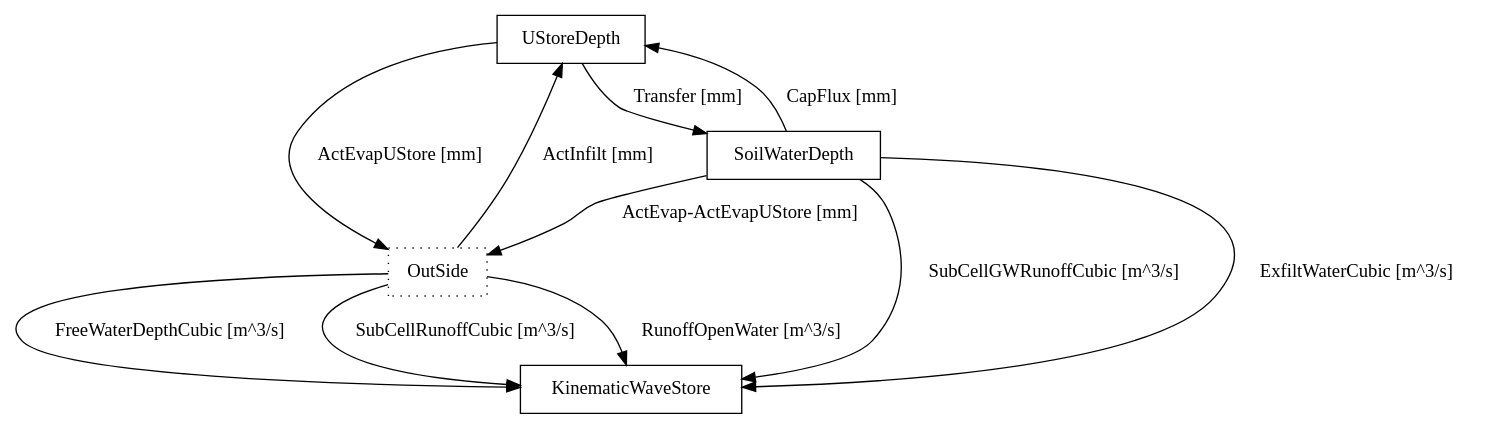
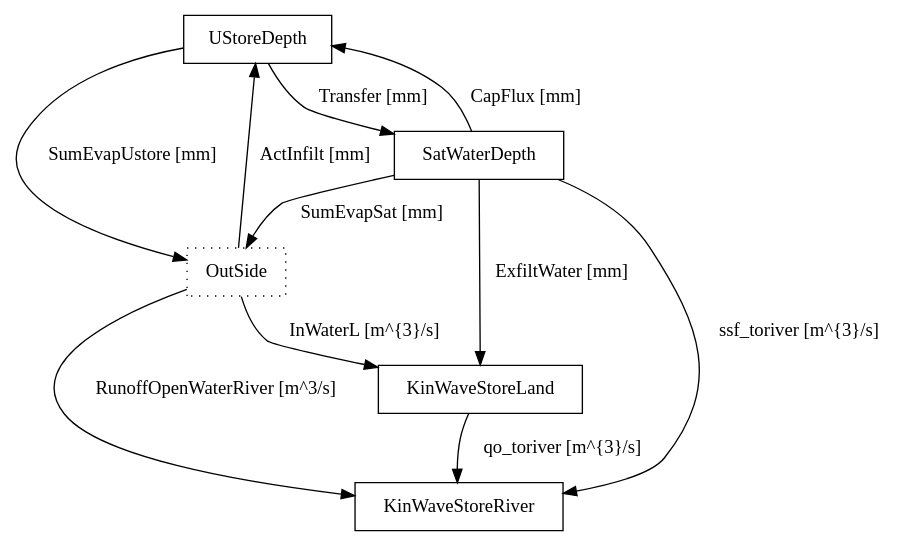
Before and after one commit to openstreams/wflow: the second of 3 diagrams in doc/wflow_sbm.rst, drawn with Graphviz. The commit also changed other lines of this file and 11 other files, not shown here.

```diff
--- a/doc/wflow_sbm.rst
+++ b/doc/wflow_sbm.rst
@@ -968,17 +960,17 @@
 .. digraph:: grids
  
     compound=true;
     node[shape=record];
     UStoreDepth [shape=box];
     OutSide [style=dotted];
-    SoilWaterDepth [shape=box];
-    UStoreDepth -> SoilWaterDepth [label="Transfer [mm]"];
-    SoilWaterDepth -> UStoreDepth [label="CapFlux [mm]"];        
-    SoilWaterDepth ->KinematicWaveStore [label="ExfiltWaterCubic [m^3/s]"];
+    SatWaterDepth [shape=box];
+    UStoreDepth -> SatWaterDepth [label="Transfer [mm]"];
+    SatWaterDepth -> UStoreDepth [label="CapFlux [mm]"];        
+    SatWaterDepth -> KinWaveStoreLand [label="ExfiltWater [mm]"];
     "OutSide" -> UStoreDepth [label="ActInfilt [mm]"];
-    UStoreDepth -> OutSide [label="ActEvapUStore [mm]"];
-    SoilWaterDepth -> OutSide [label="ActEvap-ActEvapUStore [mm]"];
-    SoilWaterDepth -> KinematicWaveStore [label="SubCellGWRunoffCubic [m^3/s]"];
-    "OutSide" -> KinematicWaveStore [label="SubCellRunoffCubic [m^3/s]"];
-    "OutSide" -> KinematicWaveStore [label="RunoffOpenWater [m^3/s]"] ;
-    "OutSide" -> KinematicWaveStore [label="FreeWaterDepthCubic [m^3/s]"] ;
+    UStoreDepth -> OutSide [label="SumEvapUstore [mm]"];
+    SatWaterDepth -> OutSide [label="SumEvapSat [mm]"];
+    "OutSide" -> KinWaveStoreLand [label="InWaterL [m^{3}/s]"];
+    KinWaveStoreLand -> KinWaveStoreRiver [label="qo_toriver [m^{3}/s]"]
+    SatWaterDepth -> KinWaveStoreRiver [label="ssf_toriver [m^{3}/s]"]
+    "OutSide" -> KinWaveStoreRiver [label="RunoffOpenWaterRiver [m^3/s]"] ;
```
